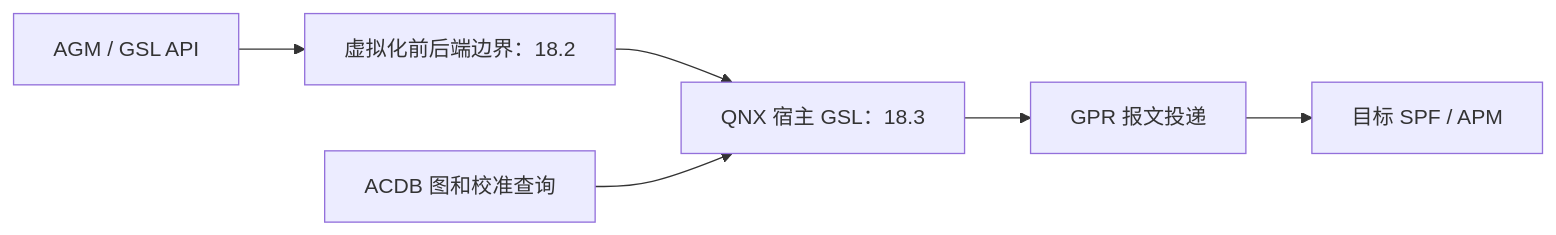
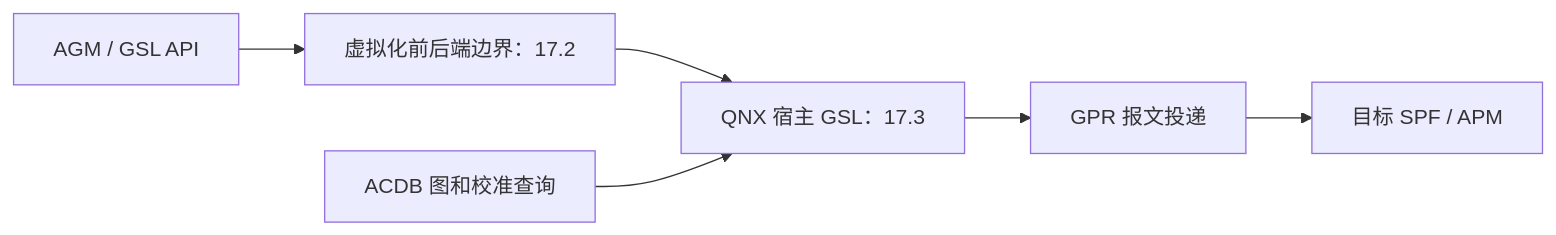
The diagram in 16_Vendor_QNX_Architecture/16_16.14_GSLGraph_Service_Layer内部架.md (yanglinzhen1022/SA8295_AAOS_QNX_Audio_KnowledgeBase), drawn with Mermaid before and after one commit. The commit also changed other lines of this file and 110 other files, not shown here.

````diff
--- a/16_Vendor_QNX_Architecture/16_16.14_GSLGraph_Service_Layer内部架.md
+++ b/16_Vendor_QNX_Architecture/16_16.14_GSLGraph_Service_Layer内部架.md
@@ -20,8 +20,8 @@
 ```mermaid
 flowchart LR
-    A[AGM / GSL API] --> V[虚拟化前后端边界：18.2]
-    V --> G[QNX 宿主 GSL：18.3]
+    A[AGM / GSL API] --> V[虚拟化前后端边界：17.2]
+    V --> G[QNX 宿主 GSL：17.3]
     G --> P[GPR 报文投递]
     P --> S[目标 SPF / APM]
     C[ACDB 图和校准查询] --> G
 ```
````
